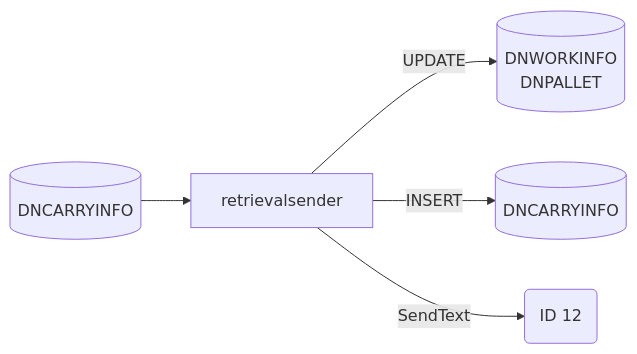
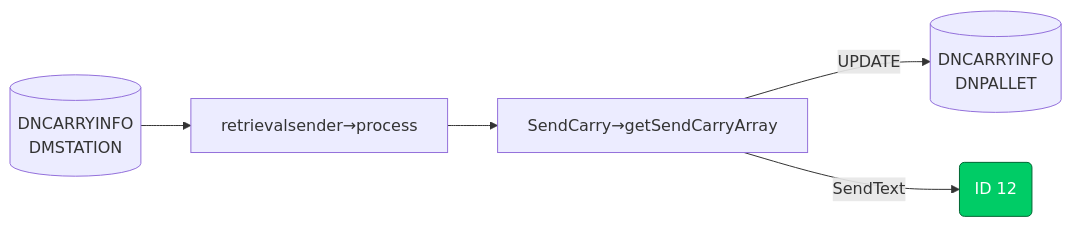
Before and after one commit to luthfiadityaa/SimeDarby-Wiki: the seventh of 19 diagrams in Basic-Design/DFD-WMS/Retrieval/Specific-Location-Retrieval-Setting.md, drawn with Mermaid.

Commit message:
Updated Specific Location Retrieval Setting

```diff
--- a/Basic-Design/DFD-WMS/Retrieval/Specific-Location-Retrieval-Setting.md
+++ b/Basic-Design/DFD-WMS/Retrieval/Specific-Location-Retrieval-Setting.md
@@ -358,24 +358,23 @@
 ::: mermaid
 flowchart LR
 
 retrievalsender-input[("
 DNCARRYINFO
+DMSTATION
 ")]
 
 retrievalsender-update[("
-DNWORKINFO
+DNCARRYINFO
 DNPALLET
-")]
-
-retrievalsender-insert[("
-DNCARRYINFO
 ")]
 
 id12msg("
 ID 12
 ")
 
-retrievalsender-input-->retrievalsender--> |UPDATE| retrievalsender-update
-retrievalsender--> |INSERT| retrievalsender-insert
-retrievalsender--> |SendText| id12msg
+retrievalsender-input--> P1[retrievalsender→process]-->P2[SendCarry→getSendCarryArray]--> |UPDATE| retrievalsender-update
+P2--> |SendText| id12msg
+
+ click id12msg "#" "Go to ID12"
+ style id12msg fill:#00cc66,stroke:#006633,color:#ffffff
 :::
```
